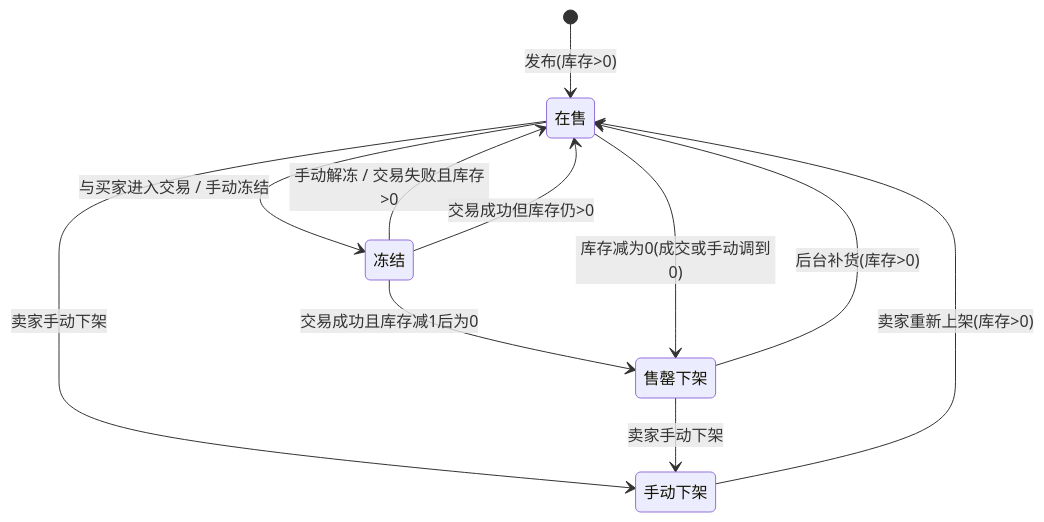
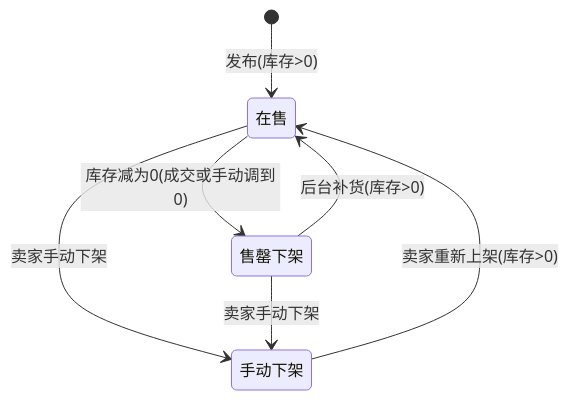
Before and after one commit to tyq-arch/single-merchant-shop-9: the fourth of 6 diagrams in Requirement Analysis/需求规格说明书-更新版.md, drawn with Mermaid. The commit also changed other lines of this file, not shown here.

````diff
--- a/Requirement Analysis/需求规格说明书-更新版.md
+++ b/Requirement Analysis/需求规格说明书-更新版.md
@@ -245,13 +241,9 @@
 ```mermaid
 stateDiagram-v2
     [*] --> 在售: 发布(库存>0)
-    在售 --> 冻结: 与买家进入交易 / 手动冻结
-    冻结 --> 在售: 手动解冻 / 交易失败且库存>0
-    冻结 --> 售罄下架: 交易成功且库存减1后为0
-    冻结 --> 在售: 交易成功但库存仍>0
     在售 --> 售罄下架: 库存减为0(成交或手动调到0)
+    在售 --> 手动下架: 卖家手动下架
     售罄下架 --> 在售: 后台补货(库存>0)
-    在售 --> 手动下架: 卖家手动下架
     手动下架 --> 在售: 卖家重新上架(库存>0)
     售罄下架 --> 手动下架: 卖家手动下架
 ```
````
